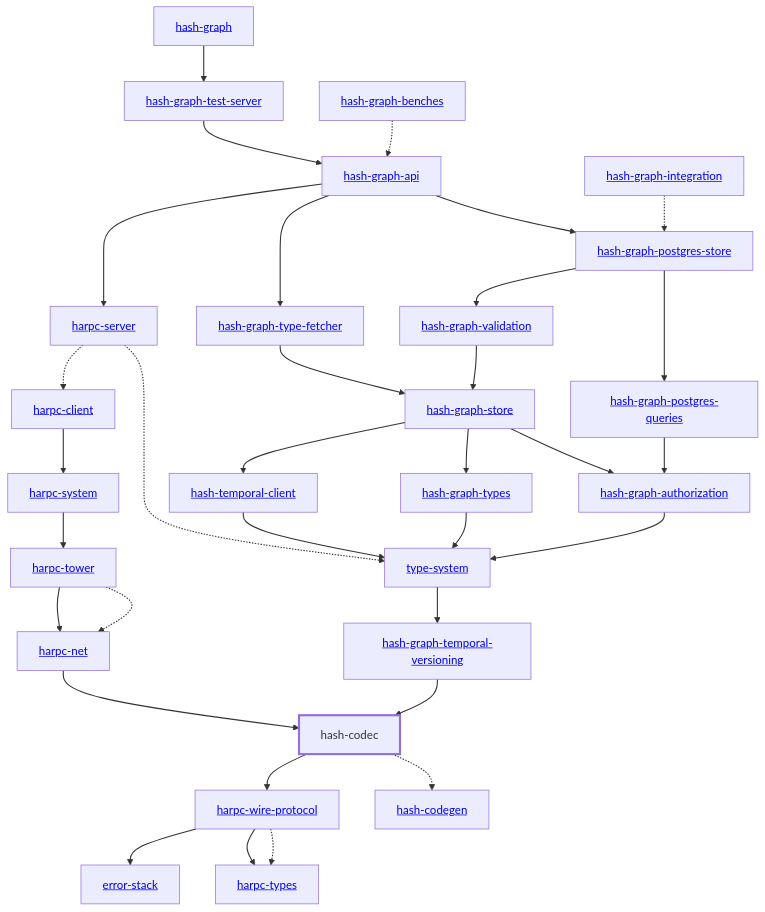
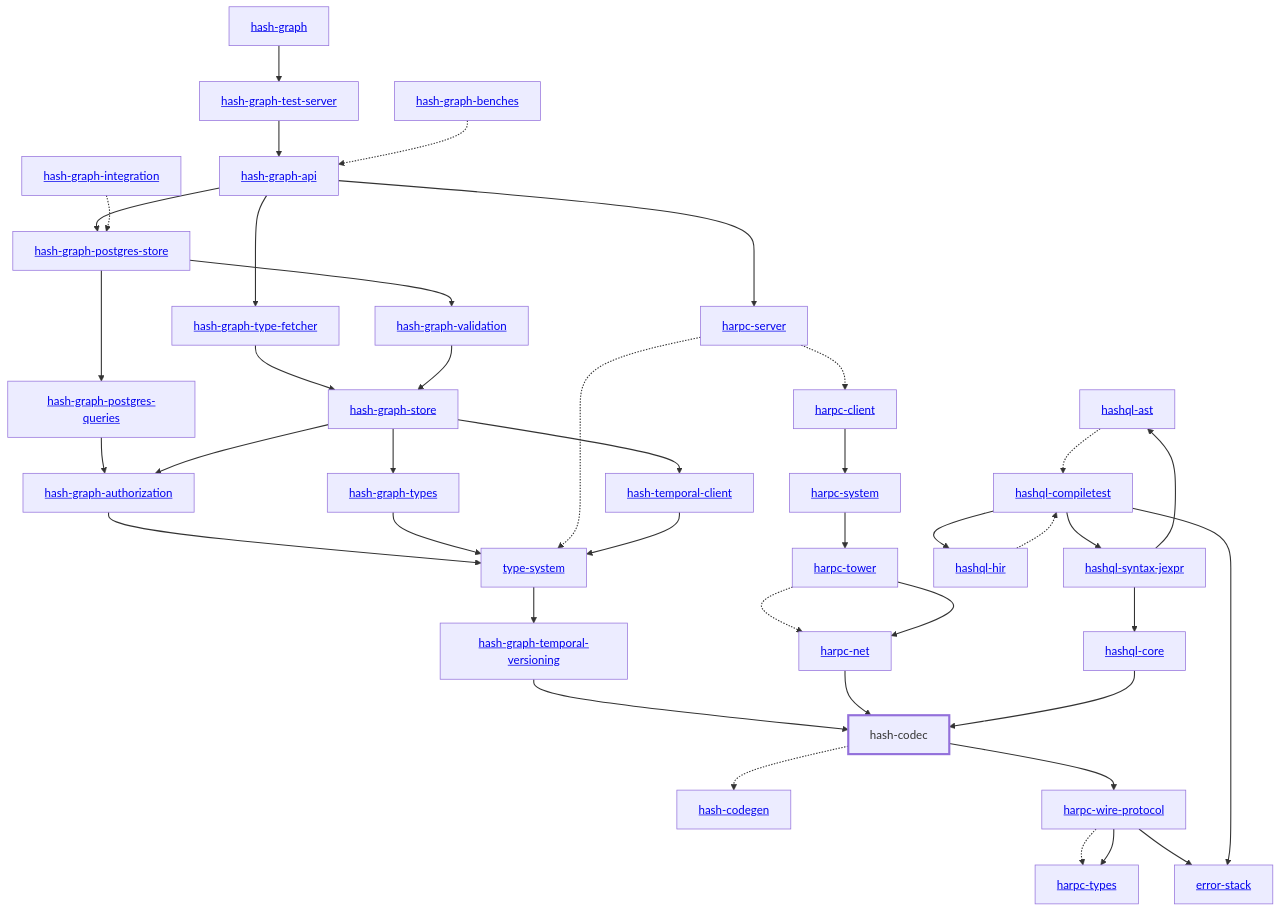
The diagram in libs/@local/codec/docs/dependency-diagram.mmd (hashintel/hash), drawn with Mermaid before and after one commit. The commit also changed 8 other files, not shown here.

Commit message:
fix: dependency diagram

```diff
--- a/libs/@local/codec/docs/dependency-diagram.mmd
+++ b/libs/@local/codec/docs/dependency-diagram.mmd
@@ -1,68 +1,81 @@
 graph TD
     linkStyle default stroke-width:1.5px
     classDef default stroke-width:1px
     classDef root stroke-width:3px
     classDef dev stroke-width:1px
     classDef build stroke-width:1px
     %% Legend
     %% --> : Normal dependency
     %% -.-> : Dev dependency
     %% ---> : Build dependency
     0[<a href="../hash_graph">hash-graph</a>]
     1[<a href="../type_system">type-system</a>]
     2[hash-codec]
     class 2 root
     3[<a href="../hash_codegen">hash-codegen</a>]
     4[<a href="../hash_graph_api">hash-graph-api</a>]
     5[<a href="../hash_graph_authorization">hash-graph-authorization</a>]
     6[<a href="../hash_graph_postgres_queries">hash-graph-postgres-queries</a>]
     7[<a href="../hash_graph_postgres_store">hash-graph-postgres-store</a>]
     8[<a href="../hash_graph_store">hash-graph-store</a>]
     9[<a href="../hash_graph_temporal_versioning">hash-graph-temporal-versioning</a>]
     10[<a href="../hash_graph_test_server">hash-graph-test-server</a>]
     11[<a href="../hash_graph_type_fetcher">hash-graph-type-fetcher</a>]
     12[<a href="../hash_graph_types">hash-graph-types</a>]
     13[<a href="../hash_graph_validation">hash-graph-validation</a>]
     14[<a href="../harpc_client">harpc-client</a>]
     15[<a href="../harpc_net">harpc-net</a>]
     16[<a href="../harpc_server">harpc-server</a>]
     17[<a href="../harpc_system">harpc-system</a>]
     18[<a href="../harpc_tower">harpc-tower</a>]
     19[<a href="../harpc_types">harpc-types</a>]
     20[<a href="../harpc_wire_protocol">harpc-wire-protocol</a>]
-    21[<a href="../hash_temporal_client">hash-temporal-client</a>]
-    22[<a href="../error_stack">error-stack</a>]
-    23[<a href="../hash_graph_benches">hash-graph-benches</a>]
-    24[<a href="../hash_graph_integration">hash-graph-integration</a>]
+    21[<a href="../hashql_ast">hashql-ast</a>]
+    22[<a href="../hashql_compiletest">hashql-compiletest</a>]
+    23[<a href="../hashql_core">hashql-core</a>]
+    24[<a href="../hashql_hir">hashql-hir</a>]
+    25[<a href="../hashql_syntax_jexpr">hashql-syntax-jexpr</a>]
+    26[<a href="../hash_temporal_client">hash-temporal-client</a>]
+    27[<a href="../error_stack">error-stack</a>]
+    28[<a href="../hash_graph_benches">hash-graph-benches</a>]
+    29[<a href="../hash_graph_integration">hash-graph-integration</a>]
     0 --> 10
     1 --> 9
     2 -.-> 3
     2 --> 20
     4 --> 7
     4 --> 11
     4 --> 16
     5 --> 1
     6 --> 5
     7 --> 6
     7 --> 13
     8 --> 5
     8 --> 12
-    8 --> 21
+    8 --> 26
     9 --> 2
     10 --> 4
     11 --> 8
     12 --> 1
     13 --> 8
     14 --> 17
     15 --> 2
     16 -.-> 1
     16 -.-> 14
     17 --> 18
     18 -.-> 15
     18 --> 15
     20 -.-> 19
     20 --> 19
-    20 --> 22
-    21 --> 1
-    23 -.-> 4
-    24 -.-> 7
+    20 --> 27
+    21 -.-> 22
+    22 --> 24
+    22 --> 25
+    22 --> 27
+    23 --> 2
+    24 -.-> 22
+    25 --> 21
+    25 --> 23
+    26 --> 1
+    28 -.-> 4
+    29 -.-> 7
```
